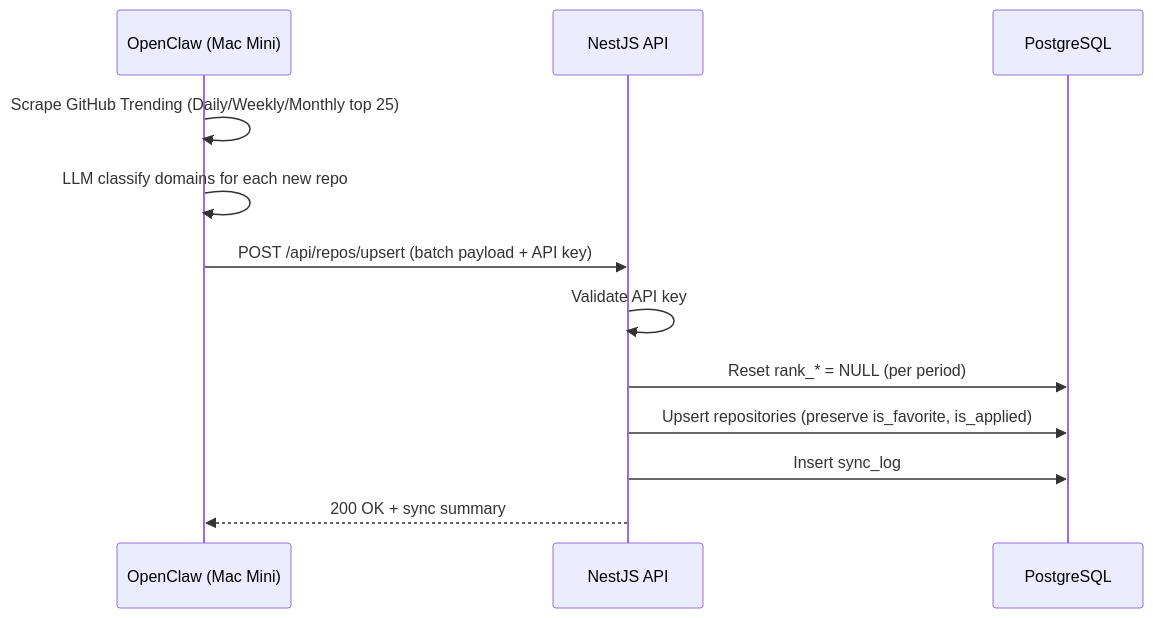
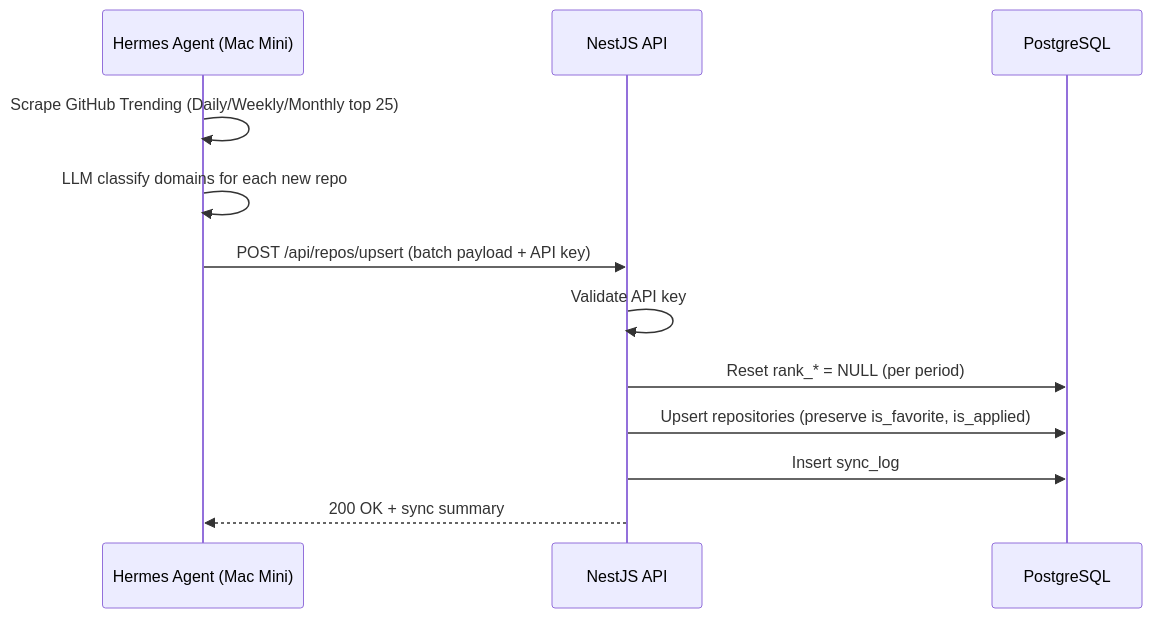
One commit to thangvq95/thangvq-digital-hub changed the second of 2 diagrams in docs/PRD.md. Above: the diagram before and after it, drawn with Mermaid. The commit also changed other lines of this file and 11 other files, not shown here.

````diff
--- a/docs/PRD.md
+++ b/docs/PRD.md
@@ -105,15 +105,15 @@
 ```mermaid
 sequenceDiagram
-    participant OC as OpenClaw (Mac Mini)
+    participant OC as Hermes Agent (Mac Mini)
     participant BE as NestJS API
     participant DB as PostgreSQL
 
     OC->>OC: Scrape GitHub Trending (Daily/Weekly/Monthly top 25)
     OC->>OC: LLM classify domains for each new repo
     OC->>BE: POST /api/repos/upsert (batch payload + API key)
     BE->>BE: Validate API key
     BE->>DB: Reset rank_* = NULL (per period)
     BE->>DB: Upsert repositories (preserve is_favorite, is_applied)
     BE->>DB: Insert sync_log
     BE-->>OC: 200 OK + sync summary
 ```
````
